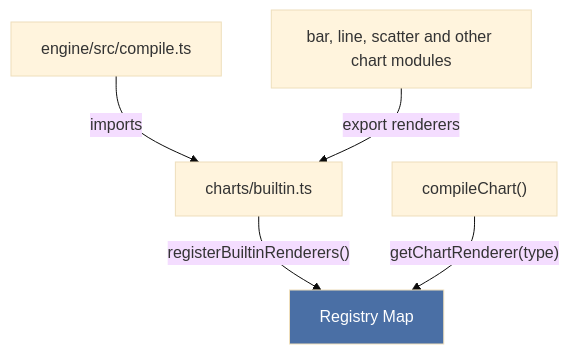
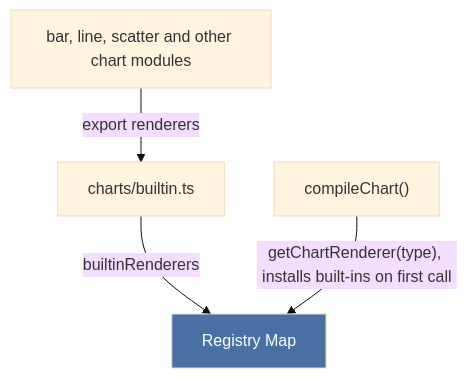
One commit to tryopendata/openchart changed the second of 3 diagrams in docs/architecture.md. Above: the diagram before and after it, drawn with Mermaid (base theme). The commit also changed other lines of this file and 4 other files, not shown here.

````diff
--- a/docs/architecture.md
+++ b/docs/architecture.md
@@ -176,10 +176,9 @@
 ```mermaid
 graph TB
-  A["engine/src/compile.ts"] -->|"imports"| B["charts/builtin.ts"]
-  C["bar, line, scatter and other chart modules"] -->|"export renderers"| B
-  B -->|"registerBuiltinRenderers()"| E[Registry Map]
+  C["bar, line, scatter and other chart modules"] -->|"export renderers"| B["charts/builtin.ts"]
+  B -->|"builtinRenderers"| E[Registry Map]
 
-  F["compileChart()"] -->|"getChartRenderer(type)"| E
+  F["compileChart()"] -->|"getChartRenderer(type), installs built-ins on first call"| E
 
   style E fill:#4a6fa5,color:#fff
 ```
````
